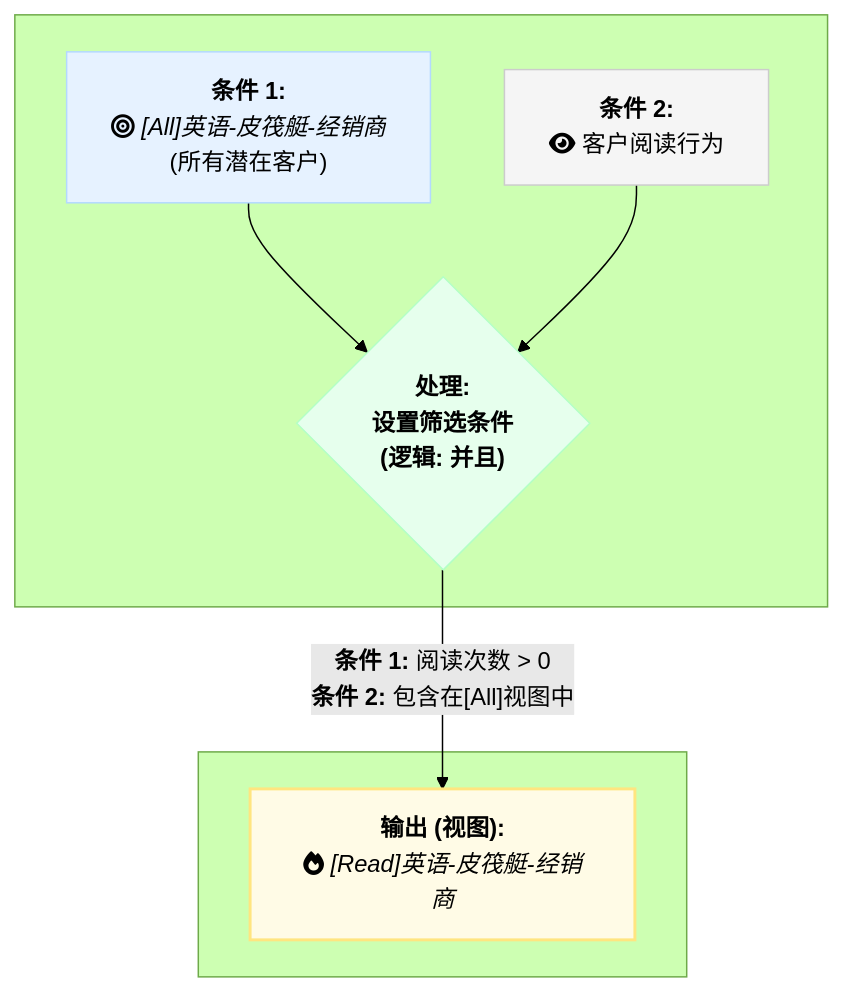
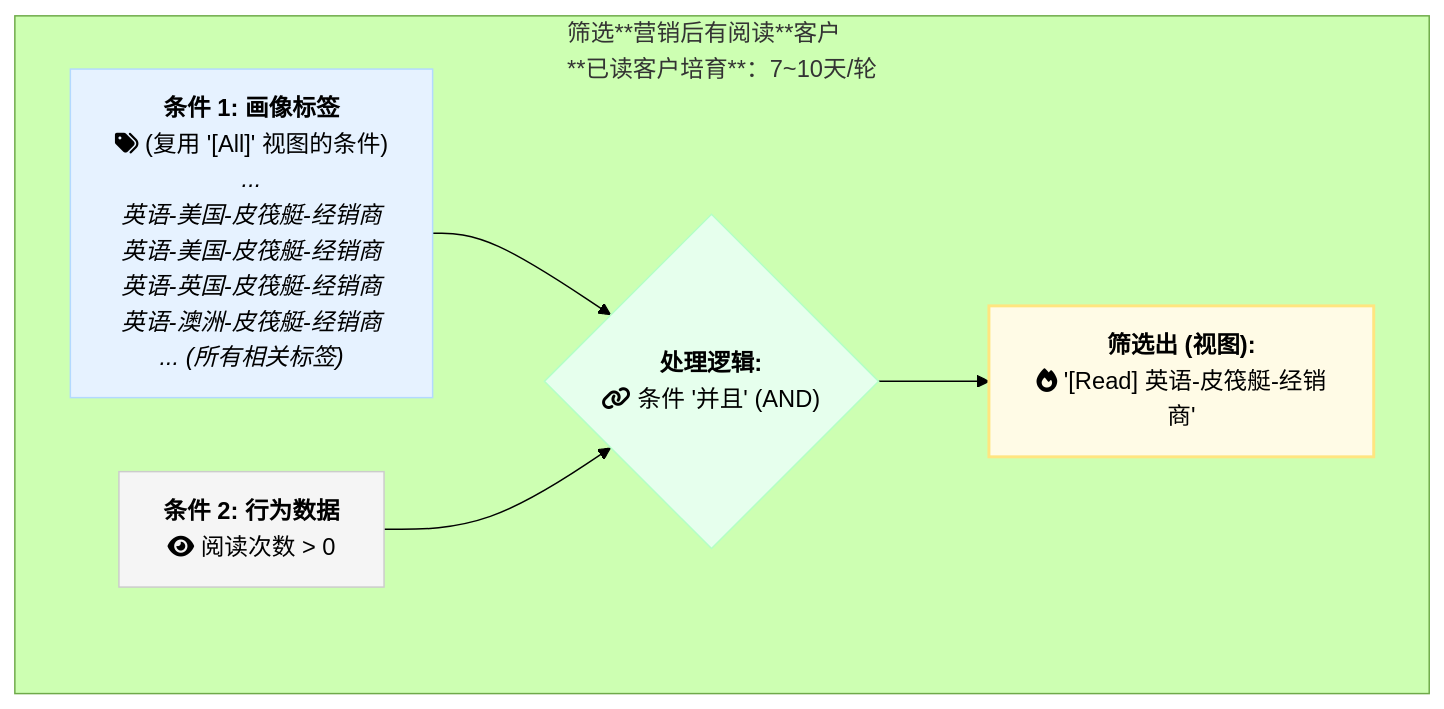
Before and after one commit to suxuemi/laifaxin: the ninth of 13 diagrams in docs/zhinan/customer-management-section.md, drawn with Mermaid (forest theme). The commit also changed other lines of this file and 2 other files, not shown here.

````diff
--- a/docs/zhinan/customer-management-section.md
+++ b/docs/zhinan/customer-management-section.md
@@ -338,16 +379,14 @@
 ```mermaid
-graph TD
-    subgraph " "
-        A["<b>条件 1:</b><br>fa:fa-bullseye <i>[All]英语-皮筏艇-经销商</i><br>(所有潜在客户)"] --> C{"<b>处理:<br>设置筛选条件<br>(逻辑: 并且)</b>"};
-        B["<b>条件 2:</b><br>fa:fa-eye 客户阅读行为"] --> C;
-    end
-
-    subgraph " "
-        C -- "<b>条件 1:</b> 阅读次数 > 0<br><b>条件 2:</b> 包含在[All]视图中" --> D["<b>输出 (视图):</b><br>fa:fa-fire <i>[Read]英语-皮筏艇-经销商</i>"];
+graph LR
+    subgraph "筛选**营销后有阅读**客户<br>**已读客户培育**：7~10天/轮"
+        direction LR  // <-- 关键在于在这里添加方向指令！
+        A["<b>条件 1: 画像标签</b><br>fa:fa-tags (复用 '[All]' 视图的条件)<br><i>... <br>英语-美国-皮筏艇-经销商</i><br><i>英语-美国-皮筏艇-经销商</i><br><i>英语-英国-皮筏艇-经销商</i><br><i>英语-澳洲-皮筏艇-经销商</i><br><i>... (所有相关标签)"] --> C;
+        B["<b>条件 2: 行为数据</b><br>fa:fa-eye 阅读次数 > 0"] --> C;
+        C{"<b>处理逻辑:</b><br>fa:fa-link 条件 '并且' (AND)"} --> D["<b>筛选出 (视图):</b><br>fa:fa-fire '[Read] 英语-皮筏艇-经销商'"];
     end
 
     style A fill:#e6f2ff,stroke:#b3d9ff
     style B fill:#f5f5f5,stroke:#ccc
     style C fill:#e6ffed,stroke:#b3ffc6
     style D fill:#fffbe6,stroke:#ffe580,stroke-width:2px
 ```
````
